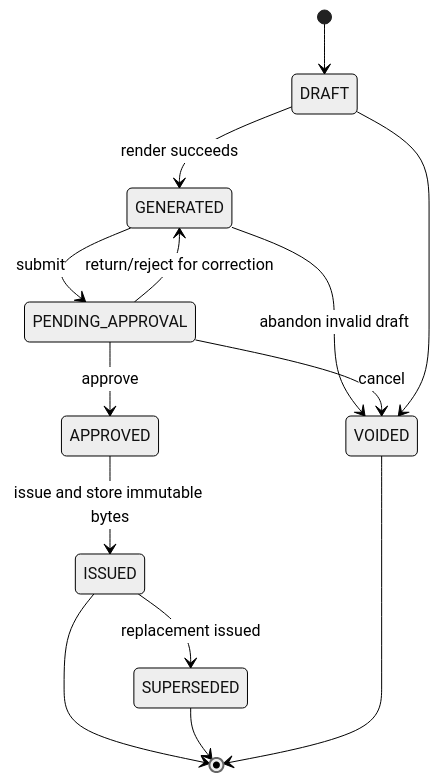
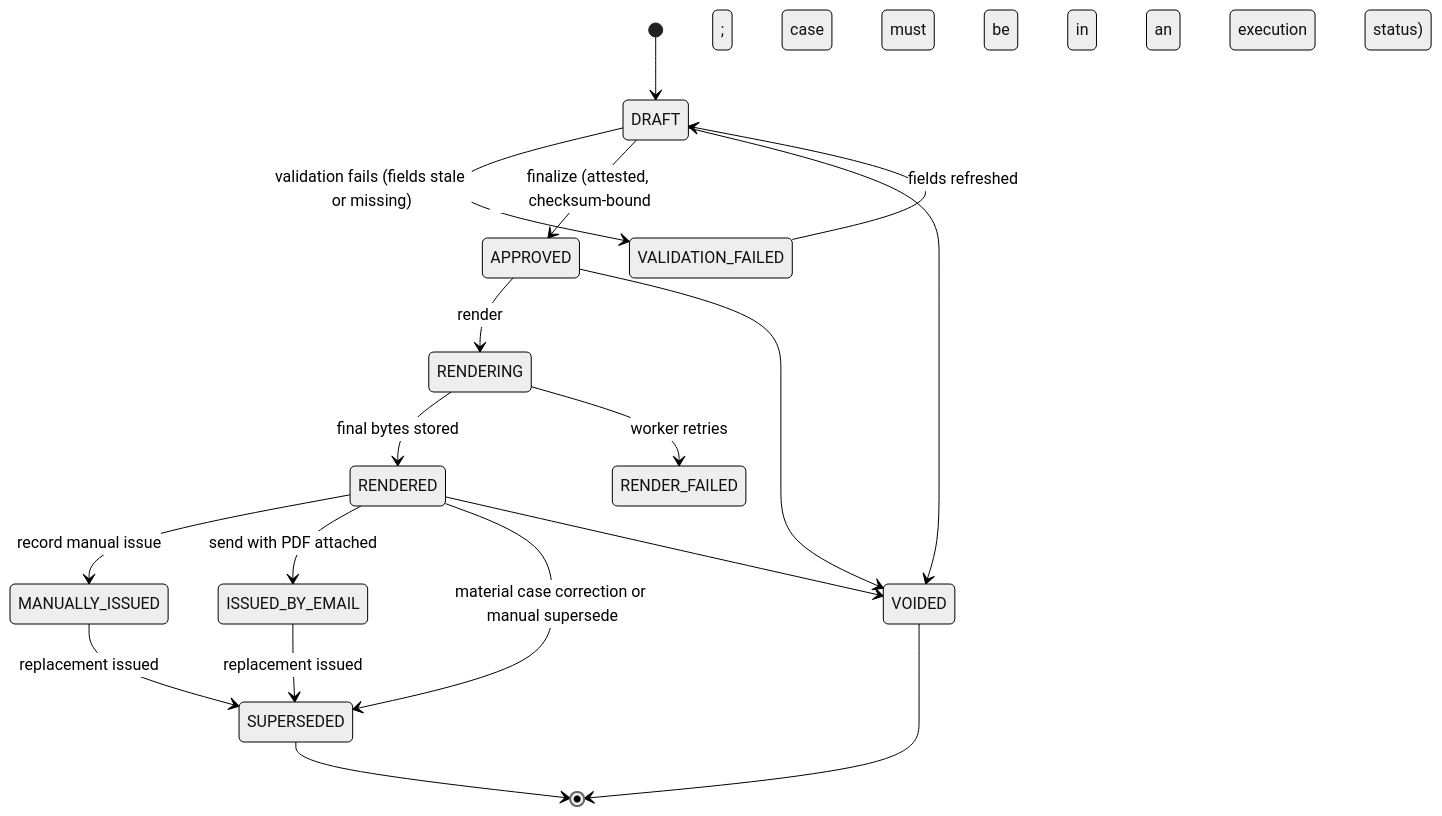
One commit to VincentW365/exit-platform changed the third of 8 diagrams in docs/architecture/StateMachines.md. Above: the diagram before and after it, drawn with Mermaid (neutral theme). The commit also changed other lines of this file and 87 other files, not shown here.

````diff
--- a/docs/architecture/StateMachines.md
+++ b/docs/architecture/StateMachines.md
@@ -100,16 +100,20 @@
 ```mermaid
 stateDiagram-v2
     [*] --> DRAFT
-    DRAFT --> GENERATED: render succeeds
-    GENERATED --> PENDING_APPROVAL: submit
-    PENDING_APPROVAL --> GENERATED: return/reject for correction
-    PENDING_APPROVAL --> APPROVED: approve
-    APPROVED --> ISSUED: issue and store immutable bytes
-    GENERATED --> VOIDED: abandon invalid draft
-    PENDING_APPROVAL --> VOIDED: cancel
-    ISSUED --> SUPERSEDED: replacement issued
+    DRAFT --> VALIDATION_FAILED: validation fails (fields stale or missing)
+    VALIDATION_FAILED --> DRAFT: fields refreshed
+    DRAFT --> APPROVED: finalize (attested, checksum-bound; case must be in an execution status)
+    APPROVED --> RENDERING: render
+    RENDERING --> RENDERED: final bytes stored
+    RENDERING --> RENDER_FAILED: worker retries
+    RENDERED --> MANUALLY_ISSUED: record manual issue
+    RENDERED --> ISSUED_BY_EMAIL: send with PDF attached
+    RENDERED --> SUPERSEDED: material case correction or manual supersede
+    MANUALLY_ISSUED --> SUPERSEDED: replacement issued
+    ISSUED_BY_EMAIL --> SUPERSEDED: replacement issued
     DRAFT --> VOIDED
-    ISSUED --> [*]
+    APPROVED --> VOIDED
+    RENDERED --> VOIDED
     SUPERSEDED --> [*]
     VOIDED --> [*]
 ```
````
